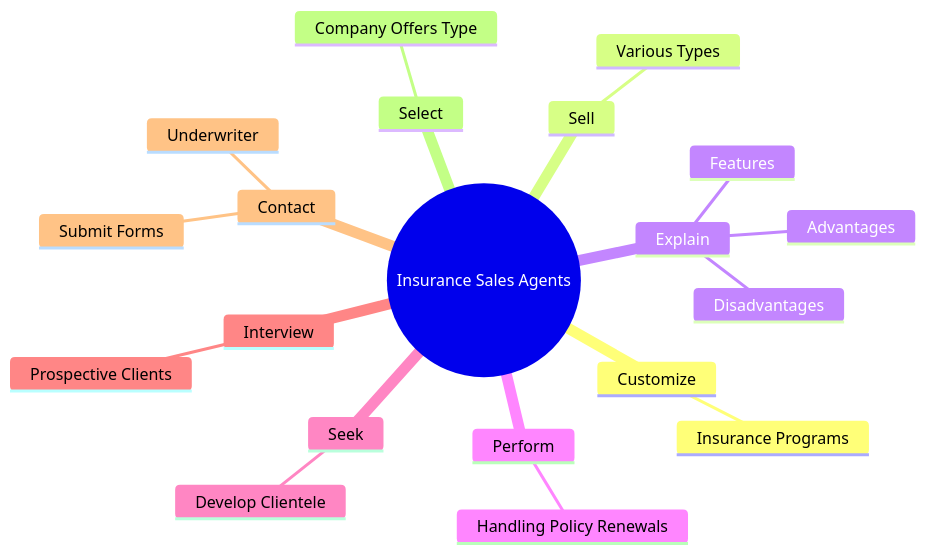
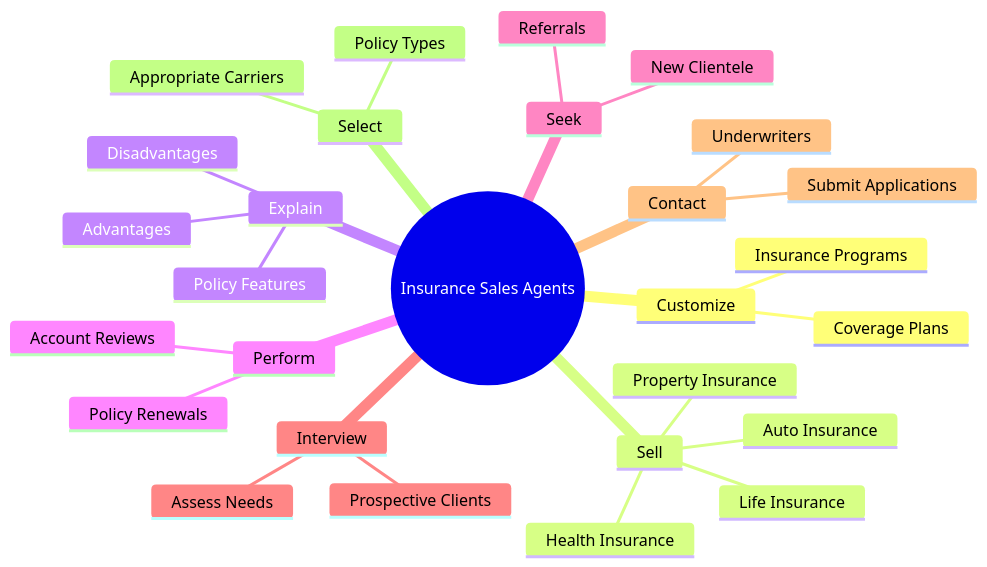
Before and after one commit to kziemski/business.org.ai: the second of 4 diagrams in occupations/Sales/InsuranceSalesAgents.mdx, drawn with Mermaid. The commit also changed other lines of this file and 938 other files, not shown here.

````diff
--- a/occupations/Sales/InsuranceSalesAgents.mdx
+++ b/occupations/Sales/InsuranceSalesAgents.mdx
@@ -37,23 +45,31 @@
 ```mermaid
 mindmap
     root(("Insurance Sales Agents"))
         Customize
             Insurance Programs
+            Coverage Plans
         Sell
-            Various Types
+            Life Insurance
+            Property Insurance
+            Health Insurance
+            Auto Insurance
         Explain
-            Features
+            Policy Features
             Advantages
             Disadvantages
         Perform
-            Handling Policy Renewals
+            Policy Renewals
+            Account Reviews
         Seek
-            Develop Clientele
+            New Clientele
+            Referrals
         Interview
             Prospective Clients
+            Assess Needs
         Contact
-            Underwriter
-            Submit Forms
+            Underwriters
+            Submit Applications
         Select
-            Company Offers Type
+            Appropriate Carriers
+            Policy Types
 ```
````
